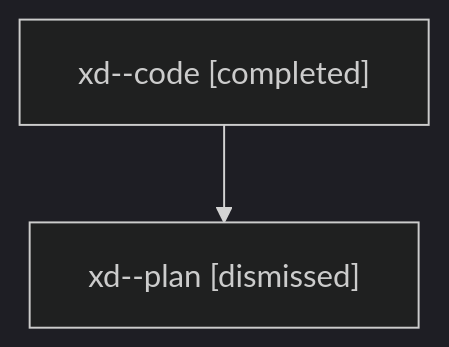
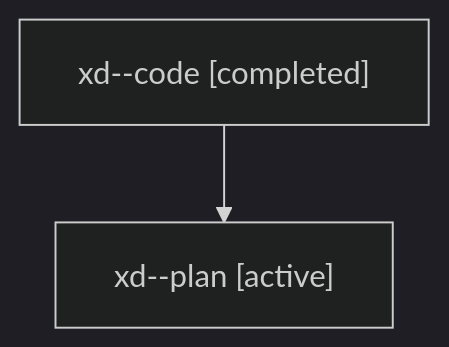
One commit to sase-org/sase--agents changed the diagram in families/bbugyi200.athena.xd.md. Above: the diagram before and after it, drawn with Mermaid (dark theme). The commit also changed other lines of this file and 35830 other files, not shown here.

````diff
--- a/families/bbugyi200.athena.xd.md
+++ b/families/bbugyi200.athena.xd.md
@@ -9,6 +9,6 @@
 ```mermaid
 flowchart TD
   n0["xd--code [completed]"]
-  n1["xd--plan [dismissed]"]
+  n1["xd--plan [active]"]
   n0 --> n1
 ```
````
